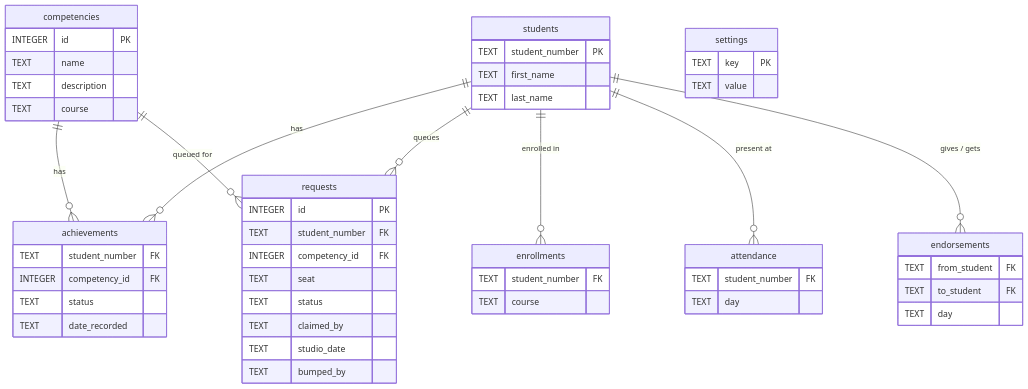
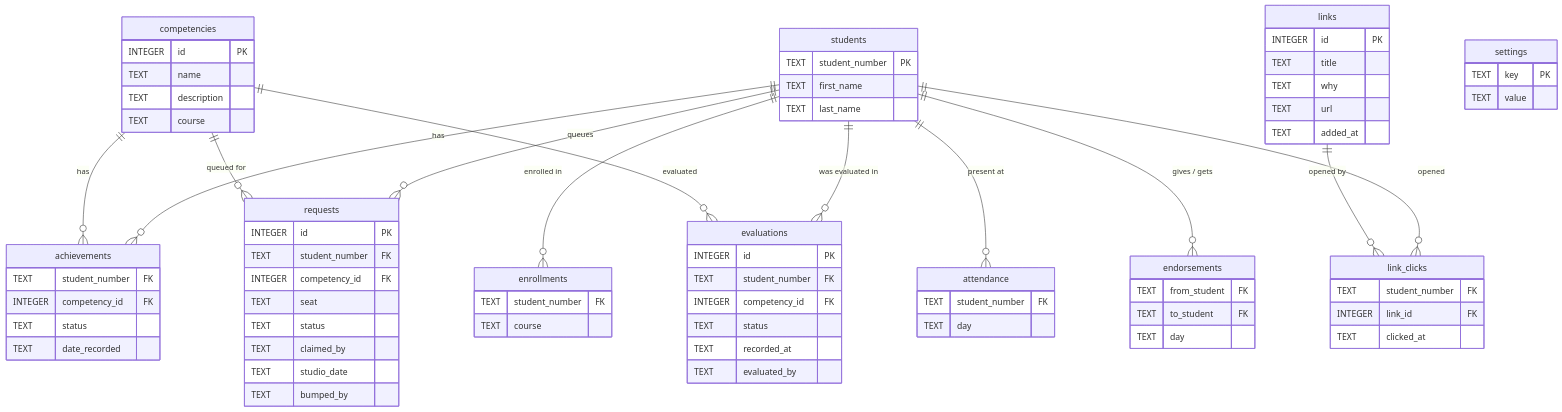
One commit to Zag-Research/competencies-app changed the diagram in README.md. Above: the diagram before and after it, drawn with Mermaid. The commit also changed other lines of this file, not shown here.

First line of the commit message:
README: the features added since it was written

````diff
--- a/README.md
+++ b/README.md
@@ -113,54 +131,78 @@
 ```mermaid
 erDiagram
     students ||--o{ achievements : "has"
     competencies ||--o{ achievements : "has"
     students ||--o{ requests : "queues"
     competencies ||--o{ requests : "queued for"
     students ||--o{ enrollments : "enrolled in"
     students ||--o{ attendance : "present at"
     students ||--o{ endorsements : "gives / gets"
+    students ||--o{ evaluations : "was evaluated in"
+    competencies ||--o{ evaluations : "evaluated"
+    students ||--o{ link_clicks : "opened"
+    links ||--o{ link_clicks : "opened by"
     students {
         TEXT student_number PK
         TEXT first_name
         TEXT last_name
     }
     competencies {
         INTEGER id PK
         TEXT name
         TEXT description
         TEXT course
     }
     achievements {
         TEXT student_number FK
         INTEGER competency_id FK
         TEXT status
         TEXT date_recorded
     }
     requests {
         INTEGER id PK
         TEXT student_number FK
         INTEGER competency_id FK
         TEXT seat
         TEXT status
         TEXT claimed_by
         TEXT studio_date
         TEXT bumped_by
     }
     enrollments {
         TEXT student_number FK
         TEXT course
     }
     attendance {
         TEXT student_number FK
         TEXT day
     }
     endorsements {
         TEXT from_student FK
         TEXT to_student FK
         TEXT day
     }
+    evaluations {
+        INTEGER id PK
+        TEXT student_number FK
+        INTEGER competency_id FK
+        TEXT status
+        TEXT recorded_at
+        TEXT evaluated_by
+    }
+    links {
+        INTEGER id PK
+        TEXT title
+        TEXT why
+        TEXT url
+        TEXT added_at
+    }
+    link_clicks {
+        TEXT student_number FK
+        INTEGER link_id FK
+        TEXT clicked_at
+    }
     settings {
         TEXT key PK
         TEXT value
     }
 ```
````
